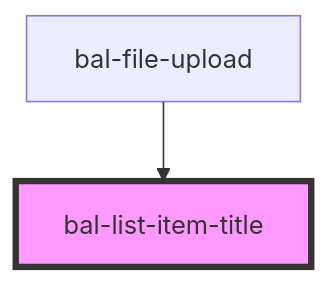
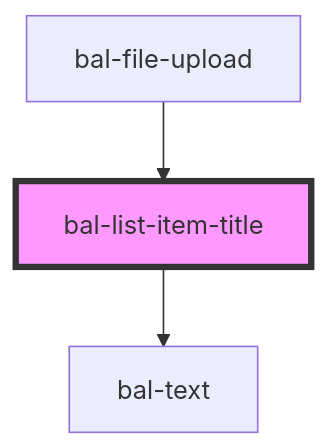
The diagram in packages/library/src/components/bal-list-item-title/readme.md (baloise/design-system), drawn with Mermaid before and after one commit. The commit also changed other lines of this file and 52 other files, not shown here.

````diff
--- a/packages/library/src/components/bal-list-item-title/readme.md
+++ b/packages/library/src/components/bal-list-item-title/readme.md
@@ -17,5 +21,6 @@
 ```mermaid
 graph TD;
+  bal-list-item-title --> bal-text
   bal-file-upload --> bal-list-item-title
   style bal-list-item-title fill:#f9f,stroke:#333,stroke-width:4px
 ```
````
